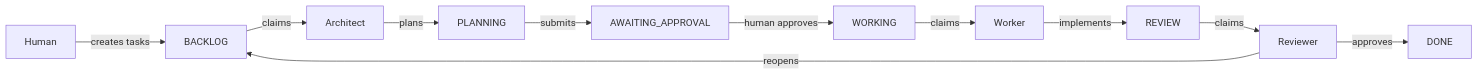
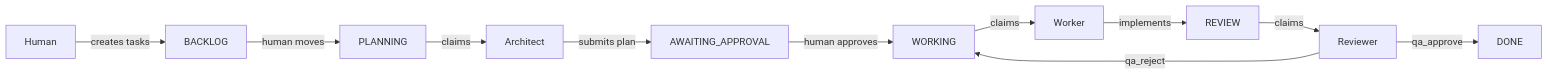
Before and after one commit to yaront1111/Moe-s-Tavern: the diagram in docs/agents/README.md, drawn with Mermaid. The commit also changed other lines of this file and 25 other files, not shown here.

````diff
--- a/docs/agents/README.md
+++ b/docs/agents/README.md
@@ -9,13 +9,13 @@
 ```mermaid
 graph LR
     H[Human] -->|creates tasks| B[BACKLOG]
-    B -->|claims| A[Architect]
-    A -->|plans| P[PLANNING]
-    P -->|submits| AA[AWAITING_APPROVAL]
+    B -->|human moves| P[PLANNING]
+    P -->|claims| A[Architect]
+    A -->|submits plan| AA[AWAITING_APPROVAL]
     AA -->|human approves| W[WORKING]
     W -->|claims| WK[Worker]
     WK -->|implements| R[REVIEW]
     R -->|claims| RV[Reviewer]
-    RV -->|approves| D[DONE]
-    RV -->|reopens| B
+    RV -->|qa_approve| D[DONE]
+    RV -->|qa_reject| W
 ```
````
